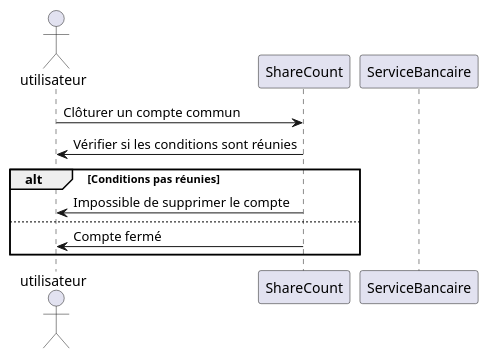
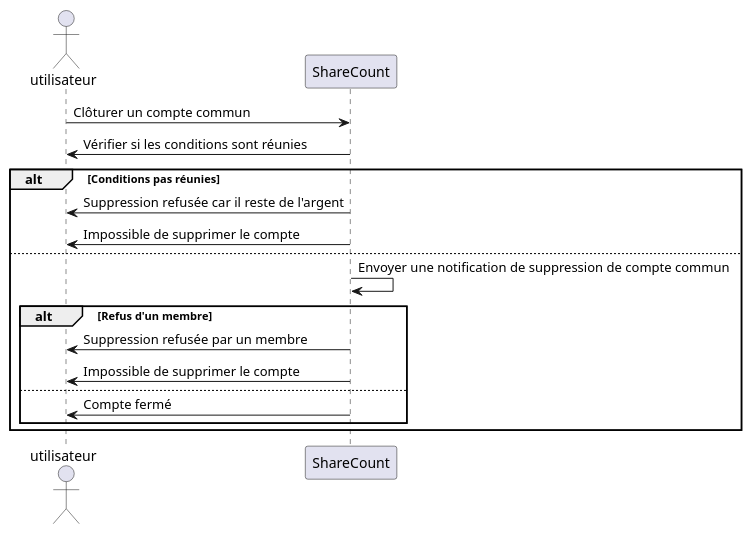
The diagram in diagrammes/specification/sequence/Clôturer-un-compte-commun.puml (lmtb06/sharecount), drawn with PlantUML before and after one commit. The commit also changed 5 other files, not shown here.

Commit message:
modifier les diagrammes de séquence

```diff
--- a/diagrammes/specification/sequence/Clôturer-un-compte-commun.puml
+++ b/diagrammes/specification/sequence/Clôturer-un-compte-commun.puml
@@ -1,18 +1,27 @@
 @startuml  Clôturer un compte commun
 
 actor utilisateur as u
 participant ShareCount as sc
-participant ServiceBancaire as sb
 
 u -> sc : Clôturer un compte commun 
 sc -> u : Vérifier si les conditions sont réunies
 
 alt Conditions pas réunies
+sc -> u : Suppression refusée car il reste de l'argent
+sc -> u : Impossible de supprimer le compte
+else
+
+sc -> sc : Envoyer une notification de suppression de compte commun
+
+alt Refus d'un membre
+sc -> u : Suppression refusée par un membre
 sc -> u : Impossible de supprimer le compte
 else
 
 sc -> u : Compte fermé
 
 end
 
+end
+
 @enduml
```
